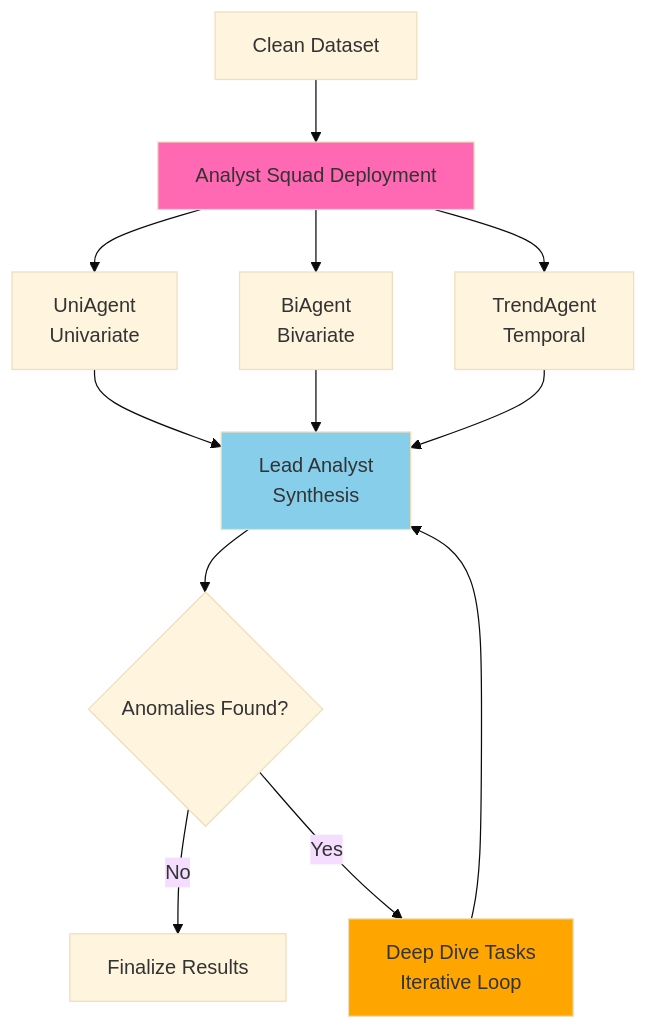
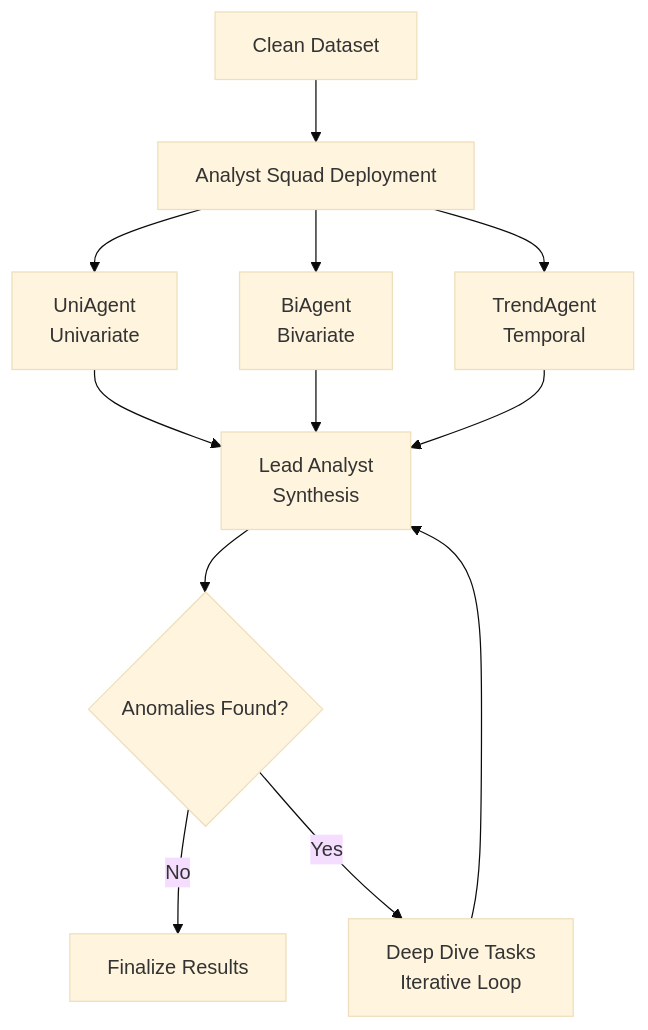
Before and after one commit to Vijay-Kiran-R/Data-Guild: the fifth of 7 diagrams in README.md, drawn with Mermaid (base theme). The commit also changed other lines of this file, not shown here.

````diff
--- a/README.md
+++ b/README.md
@@ -202,18 +192,15 @@
 ```mermaid
 flowchart TD
     A[Clean Dataset] --> B[Analyst Squad Deployment]
     B --> C[UniAgent<br/>Univariate]
     B --> D[BiAgent<br/>Bivariate]
     B --> E[TrendAgent<br/>Temporal]
     
     C & D & E --> F[Lead Analyst<br/>Synthesis]
     
     F --> G{Anomalies Found?}
     G -->|No| H[Finalize Results]
     G -->|Yes| I[Deep Dive Tasks<br/>Iterative Loop]
     I --> F
     
-    style B fill:#FF69B4
-    style F fill:#87CEEB
-    style I fill:#FFA500
 ```
````
